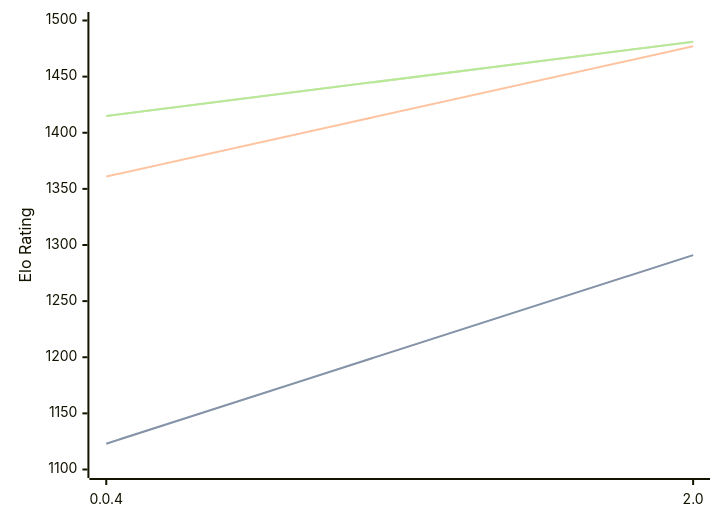
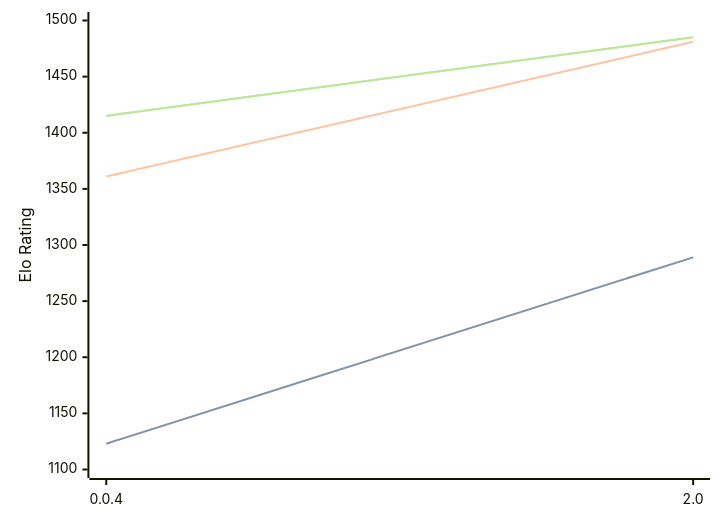
Before and after one commit to computer-chess-index/cci: the diagram in engines/Oops!Mate.md, drawn with Mermaid. The commit also changed other lines of this file, not shown here.

Commit message:
Update CCI Ratings (ELO VLTC) - 2026-04-25

````diff
--- a/engines/Oops!Mate.md
+++ b/engines/Oops!Mate.md
@@ -51,11 +51,11 @@
 ```mermaid
 %%{init: {"theme":"base","themeVariables":{"seriesColors:['#a3a3a3','#222221','#faa371']}}}%%
 xychart-beta
   x-axis ["0.0.4", "2.0"]
   y-axis "Elo Rating" 1100 --> 1500
-  line "STC (8.0+0.08s)" [1123, 1291]
-  line "STC (8.0+0.08s)" [1123, 1291]
-  line "LTC (60.0+0.60s)" [1361, 1477]
-  line "VLTC (2m24s+1.12s)" [1415, 1481]
-  line "VLTC (2m24s+1.12s)" [1415, 1481]
+  line "STC (8.0+0.08s)" [1123, 1289]
+  line "STC (8.0+0.08s)" [1123, 1289]
+  line "LTC (60.0+0.60s)" [1361, 1481]
+  line "VLTC (2m24s+1.12s)" [1415, 1485]
+  line "VLTC (2m24s+1.12s)" [1415, 1485]
 ```
````
